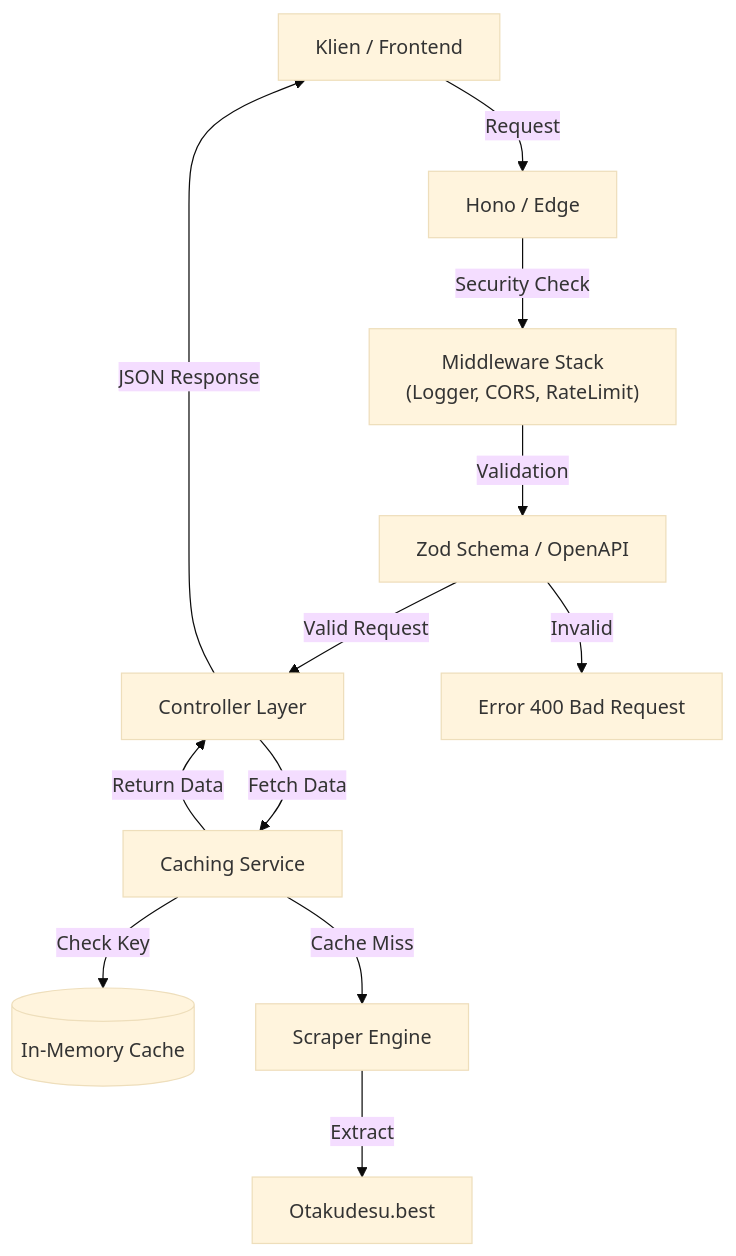
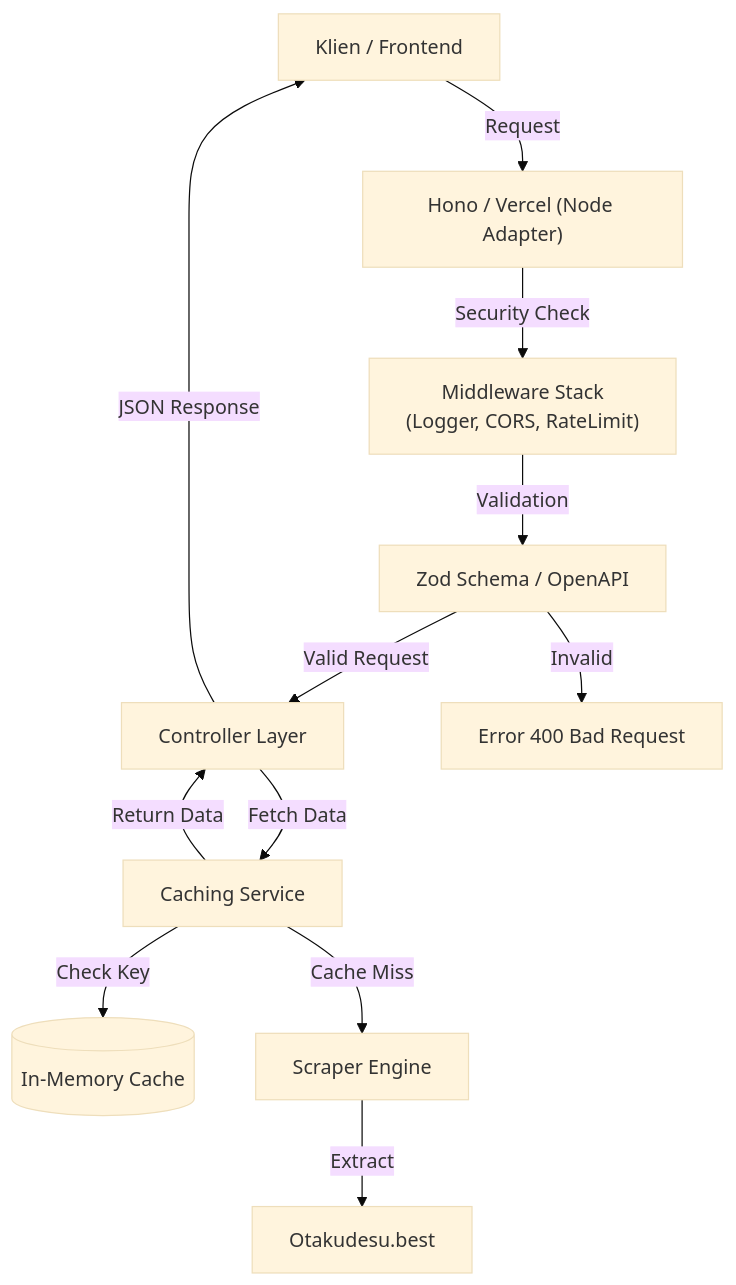
The diagram in README.md (ByteDataFlow/animesubindo-api), drawn with Mermaid (base theme) before and after one commit. The commit also changed other lines of this file, not shown here.

Commit message:
docs: Update README with Vercel Serverless optimization details and simplified project setup instructions.

````diff
--- a/README.md
+++ b/README.md
@@ -33,14 +33,14 @@
 ```mermaid
 graph TD
-    Client["Klien / Frontend"] -->|Request| Gateway["Hono / Edge"]
+    Client["Klien / Frontend"] -->|Request| Gateway["Hono / Vercel (Node Adapter)"]
     Gateway -->|Security Check| Middleware["Middleware Stack\n(Logger, CORS, RateLimit)"]
     Middleware -->|Validation| Zod["Zod Schema / OpenAPI"]
     Zod -->|Valid Request| Controller["Controller Layer"]
     Zod -->|Invalid| Error["Error 400 Bad Request"]
     Controller -->|Fetch Data| CacheService["Caching Service"]
     CacheService -->|Check Key| Cache[("In-Memory Cache")]
     CacheService -->|Cache Miss| Scraper["Scraper Engine"]
     Scraper -->|Extract| Source["Otakudesu.best"]
     CacheService -->|Return Data| Controller
     Controller -->|JSON Response| Client
 ```
````
